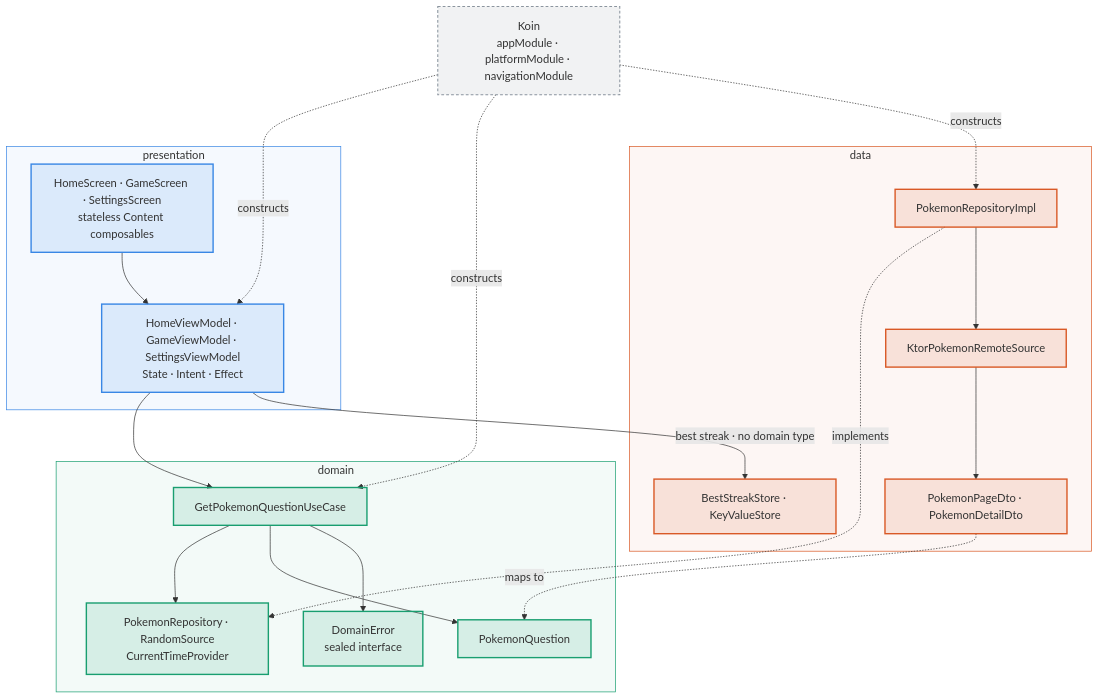
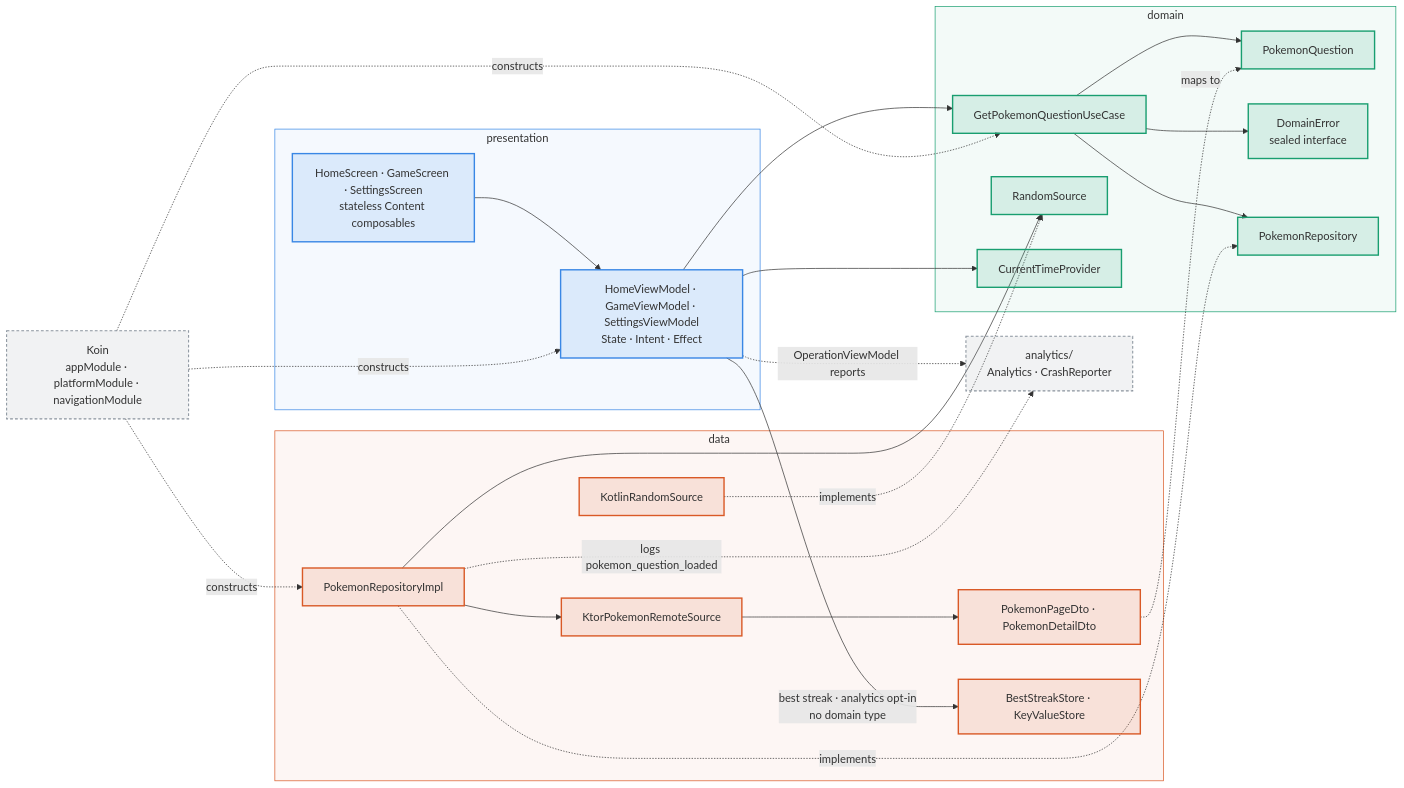
The first of 3 diagrams in README.md (chrisjc29/PokeDexMulti), drawn with Mermaid before and after one commit. The commit also changed other lines of this file and 1 other file, not shown here.

````diff
--- a/README.md
+++ b/README.md
@@ -45,46 +46,55 @@
 ```mermaid
-flowchart TB
+flowchart LR
     subgraph PRES["presentation"]
         SCREEN["HomeScreen · GameScreen · SettingsScreen<br/>stateless Content composables"]
         VMODEL["HomeViewModel · GameViewModel · SettingsViewModel<br/>State · Intent · Effect"]
     end
     subgraph DOM["domain"]
         USECASE["GetPokemonQuestionUseCase"]
-        CONTRACT["PokemonRepository · RandomSource<br/>CurrentTimeProvider"]
         MODEL["PokemonQuestion"]
         DERROR["DomainError<br/>sealed interface"]
+        REPOC["PokemonRepository"]
+        RANDC["RandomSource"]
+        CLOCKC["CurrentTimeProvider"]
     end
     subgraph DATA["data"]
         REPO["PokemonRepositoryImpl"]
         REMOTE["KtorPokemonRemoteSource"]
+        DTO["PokemonPageDto · PokemonDetailDto"]
+        RANDIMPL["KotlinRandomSource"]
         LOCAL["BestStreakStore · KeyValueStore"]
-        DTO["PokemonPageDto · PokemonDetailDto"]
     end
     KOIN["Koin<br/>appModule · platformModule · navigationModule"]
+    ANALYTICS["analytics/<br/>Analytics · CrashReporter"]
 
     SCREEN --> VMODEL
     VMODEL --> USECASE
-    VMODEL -->|"best streak · no domain type"| LOCAL
-    USECASE --> CONTRACT
+    VMODEL --> CLOCKC
+    VMODEL -->|"best streak · analytics opt-in<br/>no domain type"| LOCAL
+    VMODEL -. "OperationViewModel reports" .-> ANALYTICS
+    USECASE --> REPOC
     USECASE --> MODEL
     USECASE --> DERROR
-    REPO -. implements .-> CONTRACT
+    REPO -. implements .-> REPOC
+    REPO --> RANDC
     REPO --> REMOTE
+    REPO -. "logs pokemon_question_loaded" .-> ANALYTICS
+    RANDIMPL -. implements .-> RANDC
     REMOTE --> DTO
     DTO -. maps to .-> MODEL
     KOIN -. constructs .-> VMODEL
     KOIN -. constructs .-> USECASE
     KOIN -. constructs .-> REPO
 
     classDef pres fill:#3987e522,stroke:#3987e5,stroke-width:2px
     classDef dom fill:#199e7022,stroke:#199e70,stroke-width:2px
     classDef dat fill:#d9592622,stroke:#d95926,stroke-width:2px
     classDef infra fill:#8b949e1f,stroke:#8b949e,stroke-width:1.5px,stroke-dasharray:4 3
     class SCREEN,VMODEL pres
-    class USECASE,CONTRACT,MODEL,DERROR dom
-    class REPO,REMOTE,LOCAL,DTO dat
-    class KOIN infra
+    class USECASE,REPOC,RANDC,CLOCKC,MODEL,DERROR dom
+    class REPO,REMOTE,RANDIMPL,LOCAL,DTO dat
+    class KOIN,ANALYTICS infra
     style PRES fill:#3987e50d,stroke:#3987e5,stroke-width:1px
     style DOM fill:#199e700d,stroke:#199e70,stroke-width:1px
     style DATA fill:#d959260d,stroke:#d95926,stroke-width:1px
 ```
````
